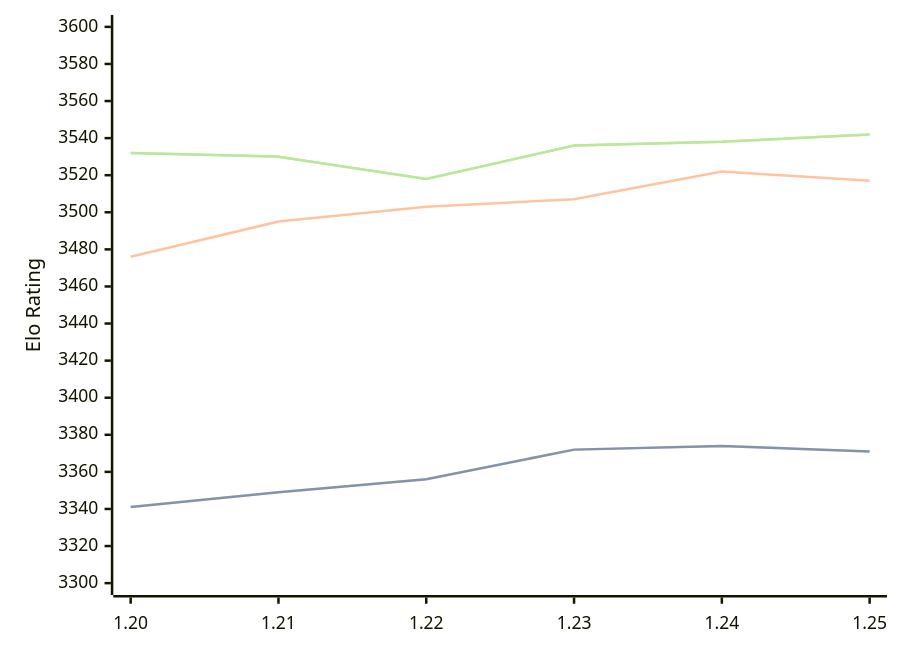
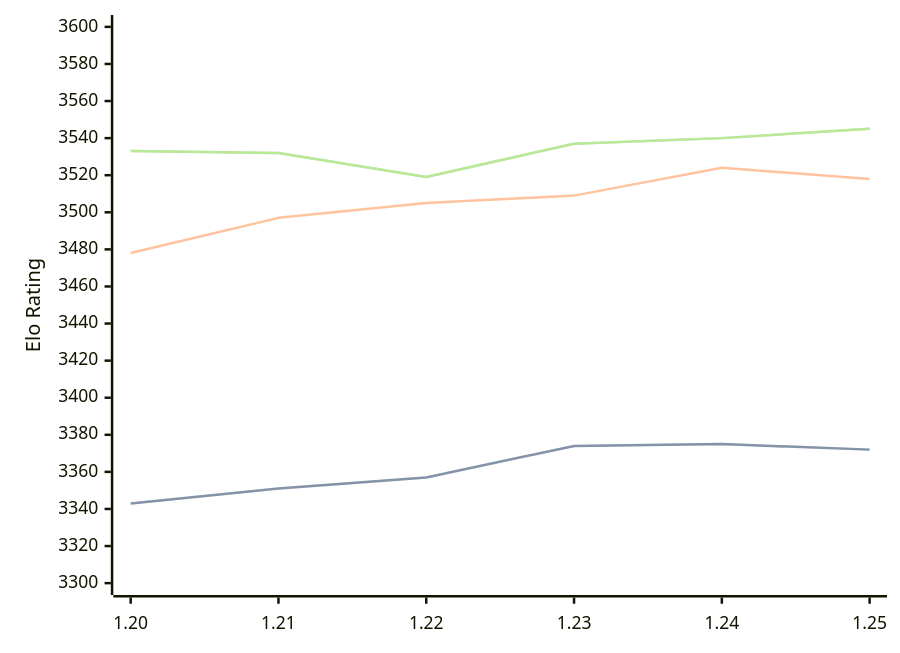
Before and after one commit to computer-chess-index/cci: the first of 3 diagrams in engines/Caissa.md, drawn with Mermaid. The commit also changed other lines of this file, not shown here.

Commit message:
Update CCI Ratings (ELO VLTC) - 2026-06-30

````diff
--- a/engines/Caissa.md
+++ b/engines/Caissa.md
@@ -65,11 +65,11 @@
 ```mermaid
 %%{init: {"theme":"base","themeVariables":{"seriesColors:['#a3a3a3','#222221','#faa371']}}}%%
 xychart-beta
   x-axis ["1.20", "1.21", "1.22", "1.23", "1.24", "1.25"]
   y-axis "Elo Rating" 3300 --> 3600
-  line "STC (8.0+0.08s)" [3341, 3349, 3356, 3372, 3374, 3371]
-  line "STC (8.0+0.08s)" [3341, 3349, 3356, 3372, 3374, 3371]
-  line "LTC (60.0+0.60s)" [3476, 3495, 3503, 3507, 3522, 3517]
-  line "VLTC (2m24s+1.12s)" [3532, 3530, 3518, 3536, 3538, 3542]
-  line "VLTC (2m24s+1.12s)" [3532, 3530, 3518, 3536, 3538, 3542]
+  line "STC (8.0+0.08s)" [3343, 3351, 3357, 3374, 3375, 3372]
+  line "STC (8.0+0.08s)" [3343, 3351, 3357, 3374, 3375, 3372]
+  line "LTC (60.0+0.60s)" [3478, 3497, 3505, 3509, 3524, 3518]
+  line "VLTC (2m24s+1.12s)" [3533, 3532, 3519, 3537, 3540, 3545]
+  line "VLTC (2m24s+1.12s)" [3533, 3532, 3519, 3537, 3540, 3545]
 ```
````
